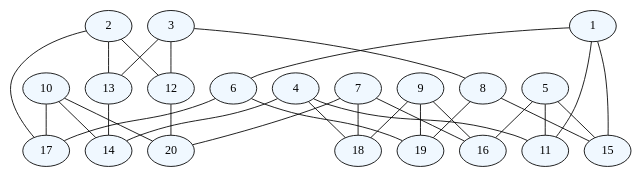
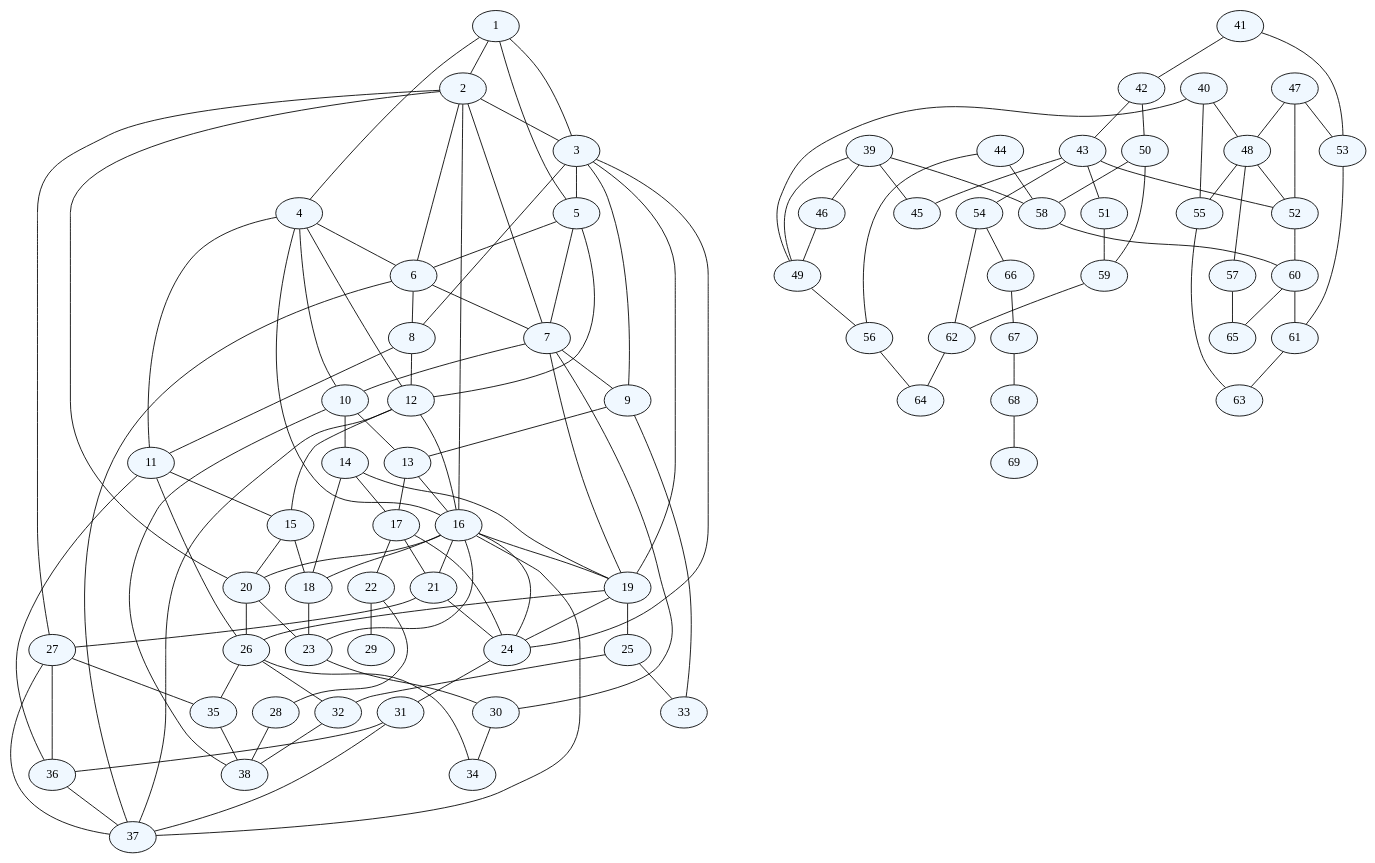
One commit to unfou3/Topic-2 changed the diagram in Last/dothitomau.dot. Above: the diagram before and after it, drawn with Graphviz. The commit also changed 8 other files, not shown here.

```diff
--- a/Last/dothitomau.dot
+++ b/Last/dothitomau.dot
@@ -20,34 +20,184 @@
 18 [fillcolor=aliceblue, style=filled];
 19 [fillcolor=aliceblue, style=filled];
 20 [fillcolor=aliceblue, style=filled];
-1 -- 6;
-1 -- 11;
-1 -- 15;
-2 -- 12;
-2 -- 13;
-2 -- 17;
+21 [fillcolor=aliceblue, style=filled];
+22 [fillcolor=aliceblue, style=filled];
+23 [fillcolor=aliceblue, style=filled];
+24 [fillcolor=aliceblue, style=filled];
+25 [fillcolor=aliceblue, style=filled];
+26 [fillcolor=aliceblue, style=filled];
+27 [fillcolor=aliceblue, style=filled];
+28 [fillcolor=aliceblue, style=filled];
+29 [fillcolor=aliceblue, style=filled];
+30 [fillcolor=aliceblue, style=filled];
+31 [fillcolor=aliceblue, style=filled];
+32 [fillcolor=aliceblue, style=filled];
+33 [fillcolor=aliceblue, style=filled];
+34 [fillcolor=aliceblue, style=filled];
+35 [fillcolor=aliceblue, style=filled];
+36 [fillcolor=aliceblue, style=filled];
+37 [fillcolor=aliceblue, style=filled];
+38 [fillcolor=aliceblue, style=filled];
+39 [fillcolor=aliceblue, style=filled];
+40 [fillcolor=aliceblue, style=filled];
+41 [fillcolor=aliceblue, style=filled];
+42 [fillcolor=aliceblue, style=filled];
+43 [fillcolor=aliceblue, style=filled];
+44 [fillcolor=aliceblue, style=filled];
+45 [fillcolor=aliceblue, style=filled];
+46 [fillcolor=aliceblue, style=filled];
+47 [fillcolor=aliceblue, style=filled];
+48 [fillcolor=aliceblue, style=filled];
+49 [fillcolor=aliceblue, style=filled];
+50 [fillcolor=aliceblue, style=filled];
+51 [fillcolor=aliceblue, style=filled];
+52 [fillcolor=aliceblue, style=filled];
+53 [fillcolor=aliceblue, style=filled];
+54 [fillcolor=aliceblue, style=filled];
+55 [fillcolor=aliceblue, style=filled];
+56 [fillcolor=aliceblue, style=filled];
+57 [fillcolor=aliceblue, style=filled];
+58 [fillcolor=aliceblue, style=filled];
+59 [fillcolor=aliceblue, style=filled];
+60 [fillcolor=aliceblue, style=filled];
+61 [fillcolor=aliceblue, style=filled];
+62 [fillcolor=aliceblue, style=filled];
+63 [fillcolor=aliceblue, style=filled];
+64 [fillcolor=aliceblue, style=filled];
+65 [fillcolor=aliceblue, style=filled];
+66 [fillcolor=aliceblue, style=filled];
+67 [fillcolor=aliceblue, style=filled];
+68 [fillcolor=aliceblue, style=filled];
+69 [fillcolor=aliceblue, style=filled];
+1 -- 2;
+1 -- 3;
+1 -- 4;
+1 -- 5;
+2 -- 3;
+2 -- 6;
+2 -- 7;
+2 -- 16;
+2 -- 20;
+2 -- 27;
+3 -- 5;
 3 -- 8;
-3 -- 12;
-3 -- 13;
+3 -- 9;
+3 -- 19;
+3 -- 24;
+4 -- 6;
+4 -- 10;
 4 -- 11;
-4 -- 14;
-4 -- 18;
-5 -- 11;
-5 -- 15;
-5 -- 16;
-6 -- 17;
-6 -- 19;
-7 -- 16;
-7 -- 18;
-7 -- 20;
-8 -- 15;
-8 -- 19;
-9 -- 16;
-9 -- 18;
-9 -- 19;
+4 -- 12;
+4 -- 16;
+5 -- 6;
+5 -- 7;
+5 -- 12;
+6 -- 7;
+6 -- 8;
+6 -- 37;
+7 -- 9;
+7 -- 10;
+7 -- 19;
+7 -- 30;
+8 -- 11;
+8 -- 12;
+9 -- 13;
+9 -- 33;
+10 -- 13;
 10 -- 14;
-10 -- 17;
-10 -- 20;
-12 -- 20;
-13 -- 14;
+10 -- 38;
+11 -- 15;
+11 -- 26;
+11 -- 36;
+12 -- 15;
+12 -- 16;
+12 -- 37;
+13 -- 16;
+13 -- 17;
+14 -- 17;
+14 -- 18;
+14 -- 19;
+15 -- 18;
+15 -- 20;
+16 -- 18;
+16 -- 19;
+16 -- 20;
+16 -- 21;
+16 -- 23;
+16 -- 24;
+16 -- 37;
+17 -- 21;
+17 -- 22;
+17 -- 24;
+18 -- 23;
+19 -- 24;
+19 -- 25;
+19 -- 26;
+20 -- 23;
+20 -- 26;
+21 -- 24;
+21 -- 27;
+22 -- 28;
+22 -- 29;
+23 -- 30;
+24 -- 31;
+25 -- 32;
+25 -- 33;
+26 -- 32;
+26 -- 34;
+26 -- 35;
+27 -- 35;
+27 -- 36;
+27 -- 37;
+28 -- 38;
+30 -- 34;
+31 -- 36;
+31 -- 37;
+32 -- 38;
+35 -- 38;
+36 -- 37;
+39 -- 45;
+39 -- 46;
+39 -- 49;
+39 -- 58;
+40 -- 48;
+40 -- 49;
+40 -- 55;
+41 -- 42;
+41 -- 53;
+42 -- 43;
+42 -- 50;
+43 -- 45;
+43 -- 51;
+43 -- 52;
+43 -- 54;
+44 -- 56;
+44 -- 58;
+46 -- 49;
+47 -- 48;
+47 -- 52;
+47 -- 53;
+48 -- 52;
+48 -- 55;
+48 -- 57;
+49 -- 56;
+50 -- 58;
+50 -- 59;
+51 -- 59;
+52 -- 60;
+53 -- 61;
+54 -- 62;
+54 -- 66;
+55 -- 63;
+56 -- 64;
+57 -- 65;
+58 -- 60;
+59 -- 62;
+60 -- 61;
+60 -- 65;
+61 -- 63;
+62 -- 64;
+66 -- 67;
+67 -- 68;
+68 -- 69;
 }
```
